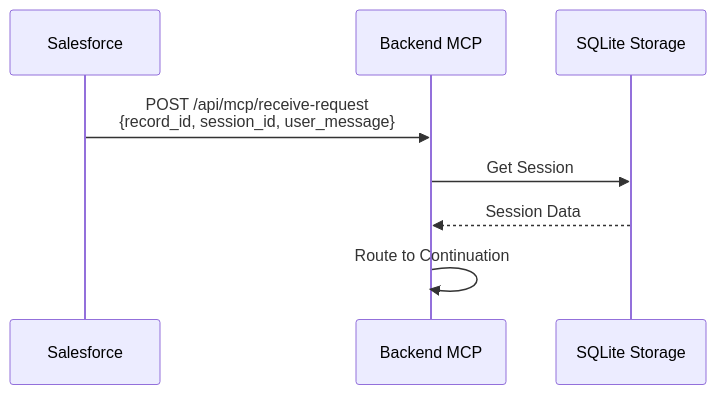
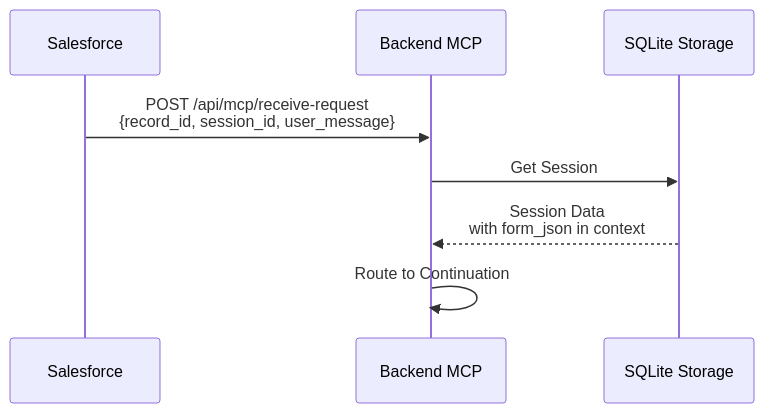
The tenth of 14 diagrams in docs/PIPELINE_FLOW.md (Yasser1AITLAZIZ/sfd-clm), drawn with Mermaid before and after one commit. The commit also changed other lines of this file and 40 other files, not shown here.

Commit message:
new architecture setup

````diff
--- a/docs/PIPELINE_FLOW.md
+++ b/docs/PIPELINE_FLOW.md
@@ -256,11 +429,11 @@
 ```mermaid
 sequenceDiagram
     participant SF as Salesforce
     participant MCP as Backend MCP
     participant SQLITE as SQLite Storage
     
     SF->>MCP: POST /api/mcp/receive-request<br/>{record_id, session_id, user_message}
     MCP->>SQLITE: Get Session
-    SQLITE-->>MCP: Session Data
+    SQLITE-->>MCP: Session Data<br/>with form_json in context
     MCP->>MCP: Route to Continuation
 ```
````
